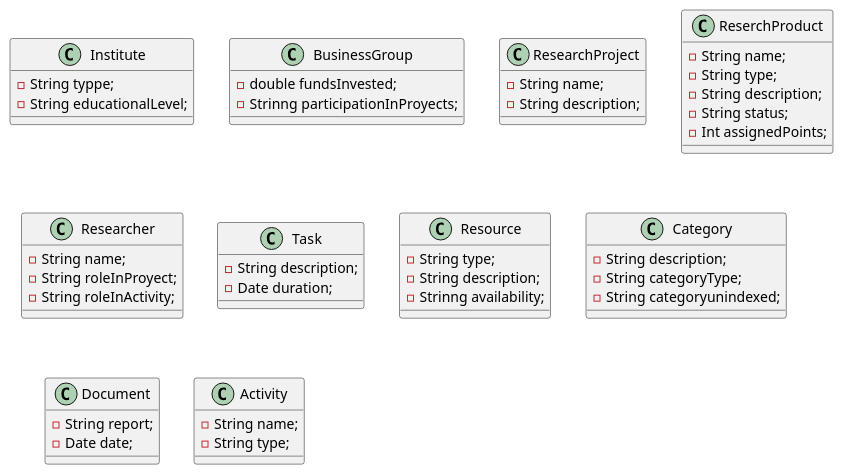
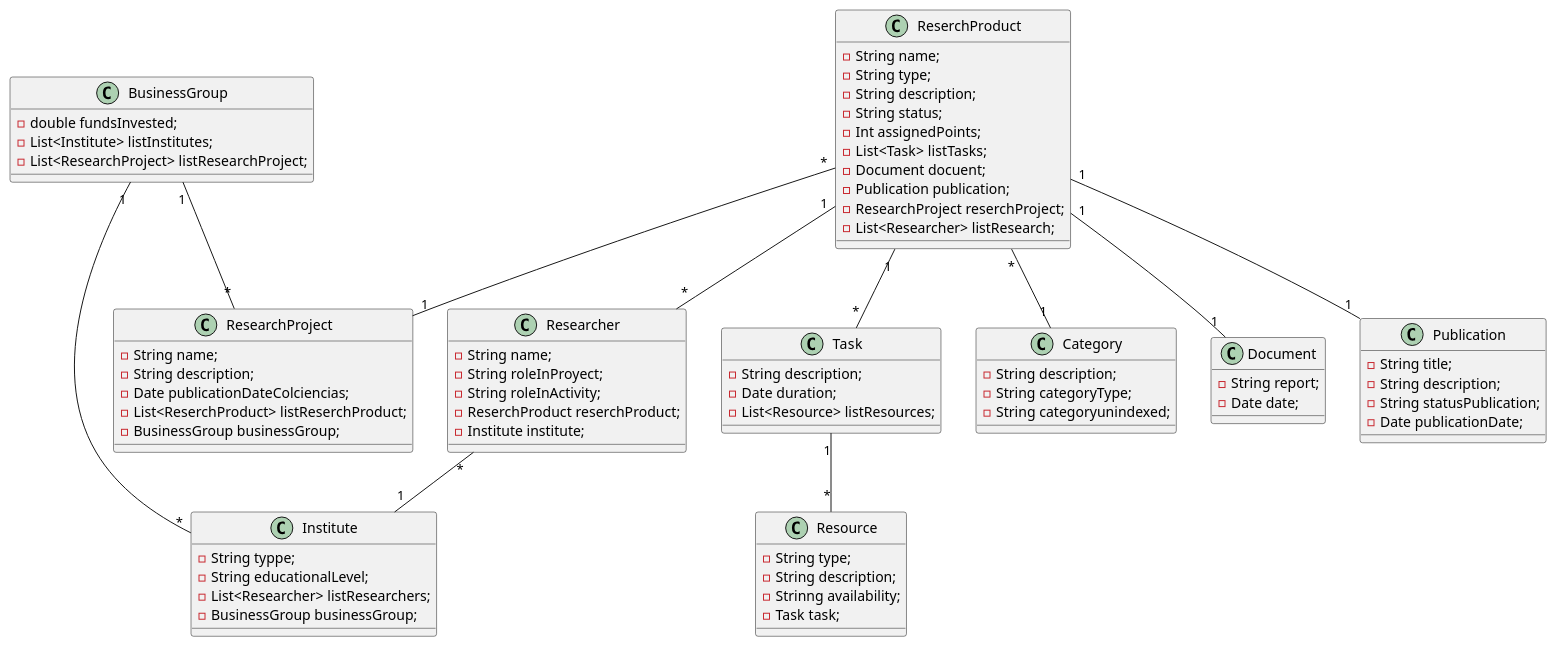
One commit to Juan-J-Barraza/educacion_java changed the diagram in models/diagrama.plantuml. Above: the diagram before and after it, drawn with PlantUML.

Commit message:
finished diagram, for moment

```diff
--- a/models/diagrama.plantuml
+++ b/models/diagrama.plantuml
@@ -1,73 +1,96 @@
 @startuml "ejercicio 30"
 
 class Institute{
     - String typpe;
     - String educationalLevel;
+    - List<Researcher> listResearchers;
+    - BusinessGroup businessGroup;
 }
 
 
 class BusinessGroup {
     - double fundsInvested;
-    - Strinng participationInProyects;
+    - List<Institute> listInstitutes;
+    - List<ResearchProject> listResearchProject;
 }
 
 class ResearchProject {
     - String name;
     - String description;
-
-
+    - Date publicationDateColciencias;
+    - List<ReserchProduct> listReserchProduct;
+    - BusinessGroup businessGroup;
 }
 
 class ReserchProduct {
     - String name;
     - String type;
     - String description;
     - String status;
     - Int assignedPoints;
+    - List<Task> listTasks;
+    - Document docuent;
+    - Publication publication;
+    - ResearchProject reserchProject;
+    - List<Researcher> listResearch;
 
 }
 
 class Researcher {
     - String name;
     - String roleInProyect;
     - String roleInActivity;
-    
+    - ReserchProduct reserchProduct;
+    - Institute institute;
+
 }
 
 class Task {
     - String description;
     - Date duration;
+    - List<Resource> listResources;
 }
 
 class Resource {
     - String type;
     - String description;
     - Strinng availability;
+    - Task task;
 
 }
 
 class Category {
     - String description;
     - String categoryType;
     - String categoryunindexed;
 }
 
 class Document {
     - String report;
     - Date date;
 }
 
-class Activity {
-    - String name;
-    - String type;
+class Publication {
+    - String title;
+    - String description;
+    - String statusPublication;
+    - Date publicationDate;
 }
 
 
 
 
-
-
+Task "1" -- "*" Resource
+ReserchProduct "1" -- "*" Task
+ReserchProduct "1" -- "1" Document
+ReserchProduct "*" -- "1" Category
+ReserchProduct "1" -- "1" Publication
+ReserchProduct "*" -- "1" ResearchProject
+ReserchProduct "1" -- "*" Researcher
+Researcher "*" -- "1" Institute
+BusinessGroup "1" -- "*" Institute
+BusinessGroup "1" -- "*" ResearchProject
 
 
 
 @enduml
```
